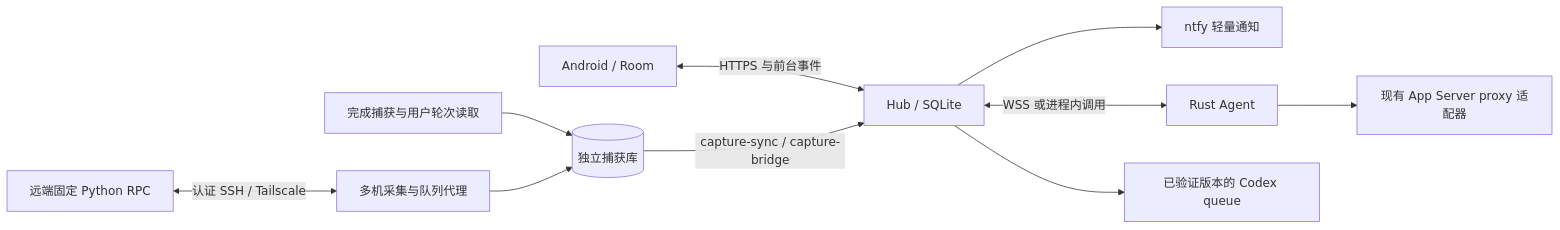
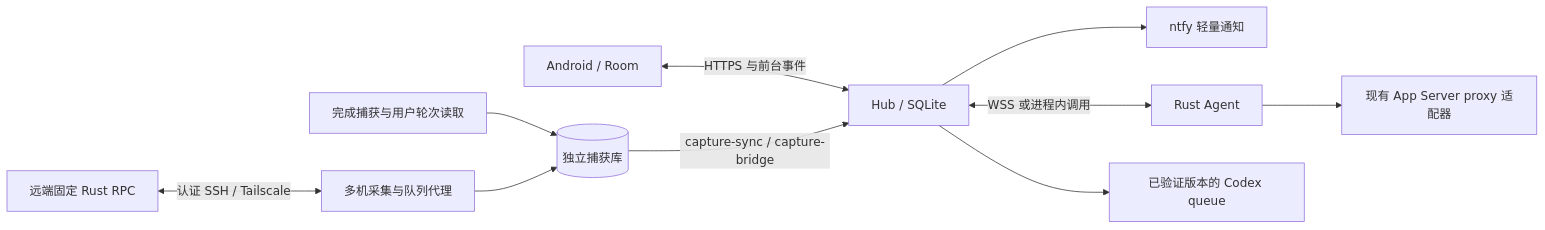
One commit to J-ChenX/ThreadBridge changed the diagram in docs/ARCHITECTURE.md. Above: the diagram before and after it, drawn with Mermaid. The commit also changed other lines of this file and 27 other files, not shown here.

````diff
--- a/docs/ARCHITECTURE.md
+++ b/docs/ARCHITECTURE.md
@@ -7,12 +13,12 @@
 ```mermaid
 flowchart LR
     Phone[Android / Room] <-->|HTTPS 与前台事件| Hub[Hub / SQLite]
     Hub --> Notify[ntfy 轻量通知]
     Local[完成捕获与用户轮次读取] --> Capture[(独立捕获库)]
     Capture -->|capture-sync / capture-bridge| Hub
-    Remote[远端固定 Python RPC] <-->|认证 SSH / Tailscale| Fleet[多机采集与队列代理]
+    Remote[远端固定 Rust RPC] <-->|认证 SSH / Tailscale| Fleet[多机采集与队列代理]
     Fleet --> Capture
     Hub <-->|WSS 或进程内调用| Agent[Rust Agent]
     Agent --> Adapter[现有 App Server proxy 适配器]
     Hub --> Queue[已验证版本的 Codex queue]
 ```
````
